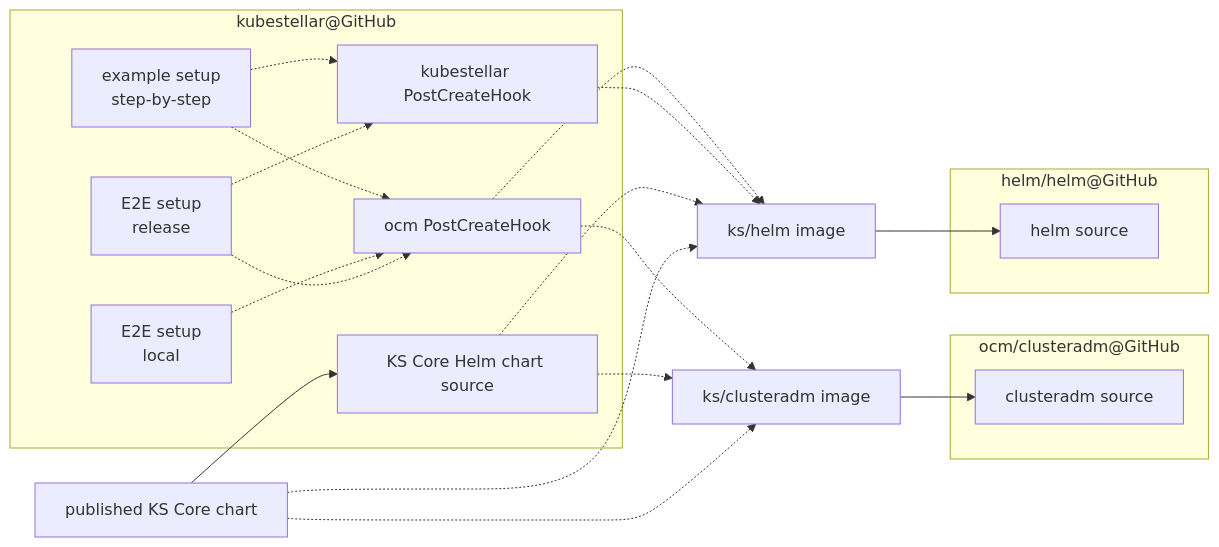
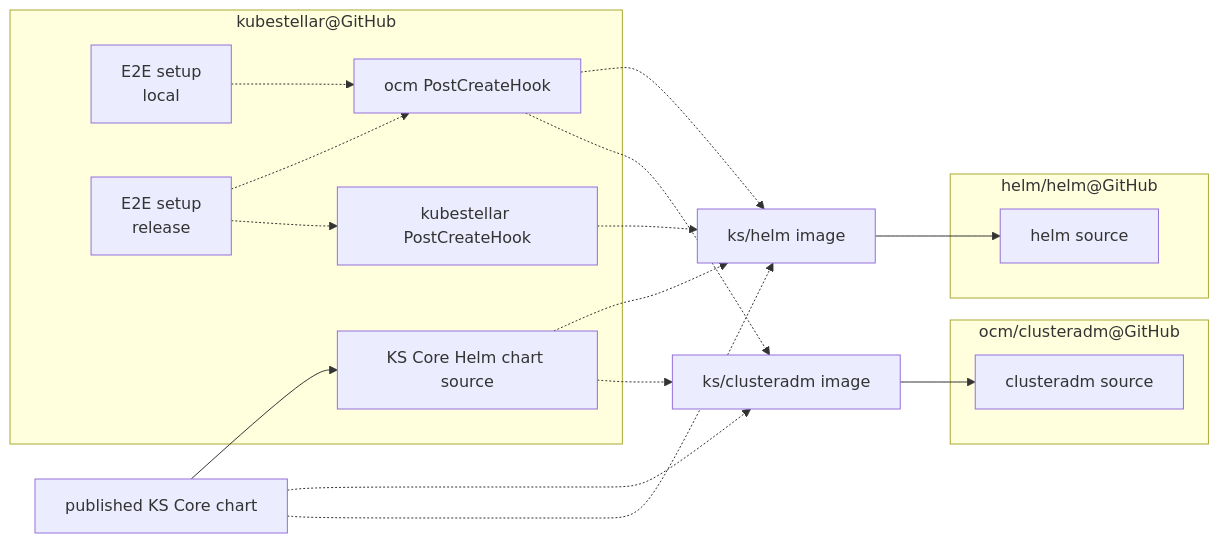
One commit to kubestellar/kubestellar changed the fourth of 5 diagrams in docs/content/direct/packaging.md. Above: the diagram before and after it, drawn with Mermaid. The commit also changed other lines of this file, not shown here.

````diff
--- a/docs/content/direct/packaging.md
+++ b/docs/content/direct/packaging.md
@@ -139,32 +135,29 @@
 ```mermaid
 flowchart LR
     subgraph helm_repo["helm/helm@GitHub"]
     helm_src["helm source"]
     end
     subgraph cladm_repo["ocm/clusteradm@GitHub"]
     cladm_src["clusteradm source"]
     end
     subgraph ks_repo["kubestellar@GitHub"]
     ksc_hc_src[KS Core Helm chart source]
     ks_pch[kubestellar PostCreateHook]
     ocm_pch["ocm PostCreateHook"]
-    setup_steps["example setup<br>step-by-step"]
     e2e_local["E2E setup<br>local"]
     e2e_release["E2E setup<br>release"]
     end
     helm_image["ks/helm image"] --> helm_src
     cladm_image["ks/clusteradm image"] --> cladm_src
     ocm_pch -.-> helm_image
     ocm_pch -.-> cladm_image
     ks_pch -.-> helm_image
     ksc_hc_repo[published KS Core chart] --> ksc_hc_src
     ksc_hc_src -.-> helm_image
     ksc_hc_src -.-> cladm_image
     ksc_hc_repo -.-> cladm_image
     ksc_hc_repo -.-> helm_image
-    setup_steps -.-> ocm_pch
-    setup_steps -.-> ks_pch
     e2e_local -.-> ocm_pch
     e2e_release -.-> ocm_pch
     e2e_release -.-> ks_pch
 ```
````
